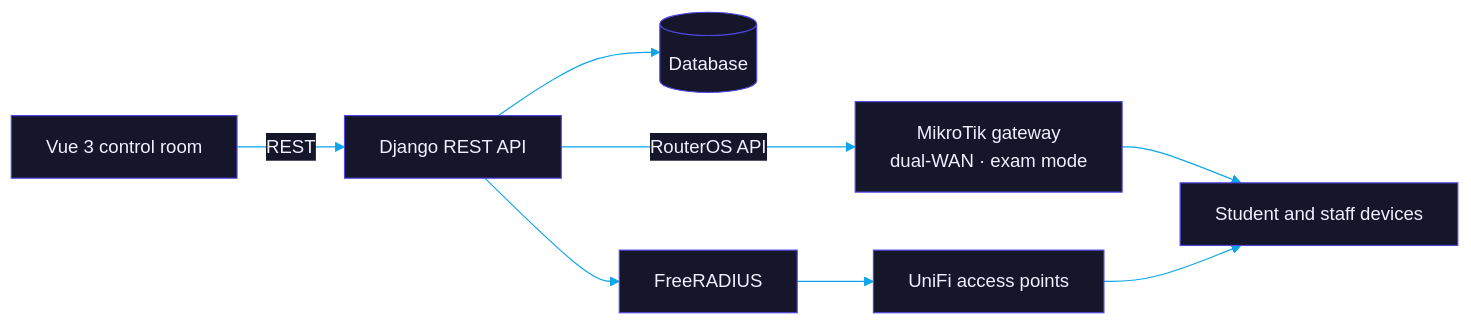
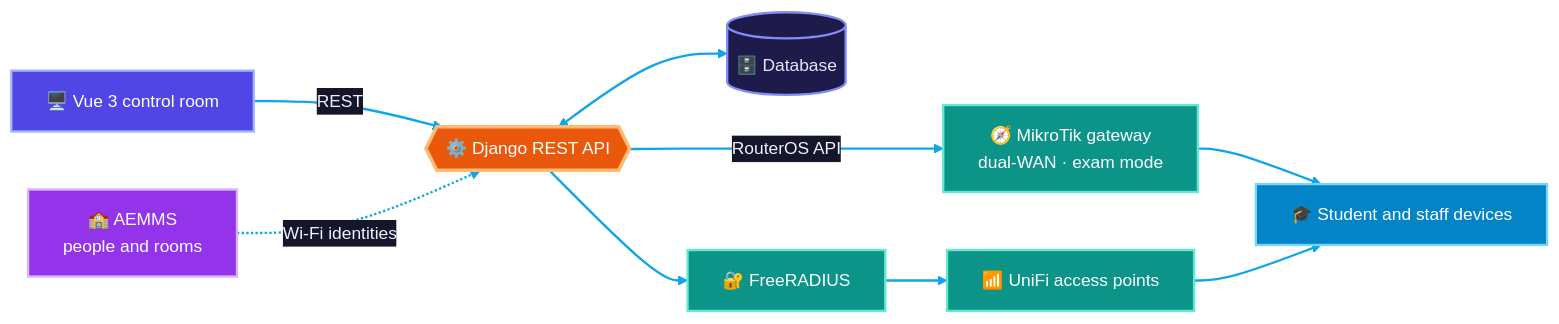
Before and after one commit to flowser/networkmate-showcase: the first of 2 diagrams in README.md, drawn with Mermaid. The commit also changed other lines of this file, not shown here.

Commit message:
Colour diagrams and new sequence / risk-gate diagrams

````diff
--- a/README.md
+++ b/README.md
@@ -50,11 +50,27 @@
 ```mermaid
-%%{init: {'theme':'base','themeVariables':{'primaryColor':'#16162a','primaryTextColor':'#f0f0ff','primaryBorderColor':'#4f46e5','lineColor':'#0ea5e9','secondaryColor':'#0d0d1a','tertiaryColor':'#12121f','clusterBkg':'#0d0d1a','clusterBorder':'#4f46e5','titleColor':'#0ea5e9','edgeLabelBackground':'#16162a'}}}%%
+%%{init: {'theme':'base','themeVariables':{'fontSize':'15px','primaryColor':'#16162a','primaryTextColor':'#f0f0ff','primaryBorderColor':'#4f46e5','lineColor':'#0ea5e9','clusterBkg':'#0d0d1a','clusterBorder':'#4f46e5','titleColor':'#0ea5e9','edgeLabelBackground':'#16162a'}}}%%
 flowchart LR
-  UI["Vue 3 control room"] -->|REST| API["Django REST API"]
-  API --> DB[("Database")]
-  API -->|RouterOS API| GW["MikroTik gateway<br/>dual-WAN · exam mode"]
-  API --> RAD["FreeRADIUS"]
-  RAD --> AP["UniFi access points"]
-  GW --> DEV["Student and staff devices"]
+  UI["🖥️ Vue 3 control room"]:::staff
+  API{{"⚙️ Django REST API"}}:::core
+  DB[("🗄️ Database")]:::data
+  AE["🏫 AEMMS<br/>people and rooms"]:::ai
+  GW["🧭 MikroTik gateway<br/>dual-WAN · exam mode"]:::net
+  RAD["🔐 FreeRADIUS"]:::net
+  AP["📶 UniFi access points"]:::net
+  DEV["🎓 Student and staff devices"]:::trainee
+  UI -->|REST| API
+  API <--> DB
+  AE -.->|Wi-Fi identities| API
+  API ==>|RouterOS API| GW
+  API --> RAD
+  RAD --> AP
+  GW --> DEV
   AP --> DEV
+  classDef ai fill:#9333ea,stroke:#d8b4fe,stroke-width:2px,color:#ffffff
+  classDef core fill:#ea580c,stroke:#fdba74,stroke-width:3px,color:#ffffff
+  classDef data fill:#1e1b4b,stroke:#818cf8,stroke-width:2px,color:#e0e7ff
+  classDef net fill:#0d9488,stroke:#5eead4,stroke-width:2px,color:#ffffff
+  classDef staff fill:#4f46e5,stroke:#a5b4fc,stroke-width:2px,color:#ffffff
+  classDef trainee fill:#0284c7,stroke:#7dd3fc,stroke-width:2px,color:#ffffff
+  linkStyle default stroke:#0ea5e9,stroke-width:2px
 ```
````
